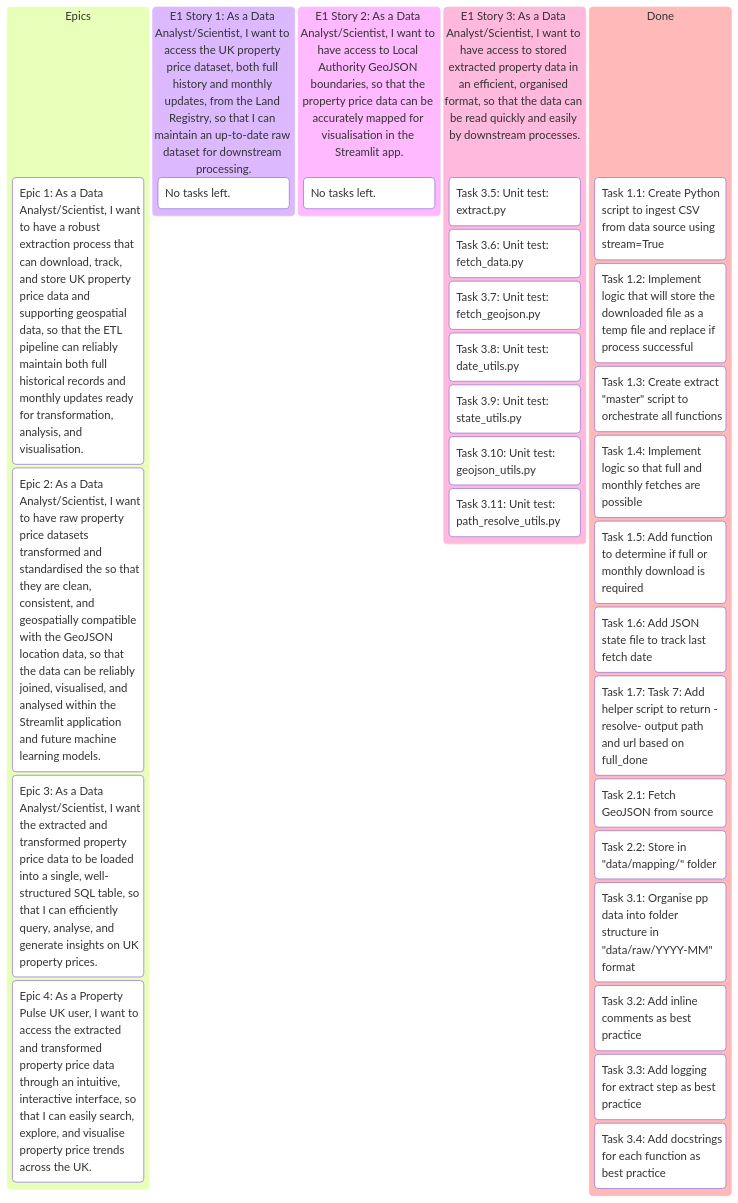
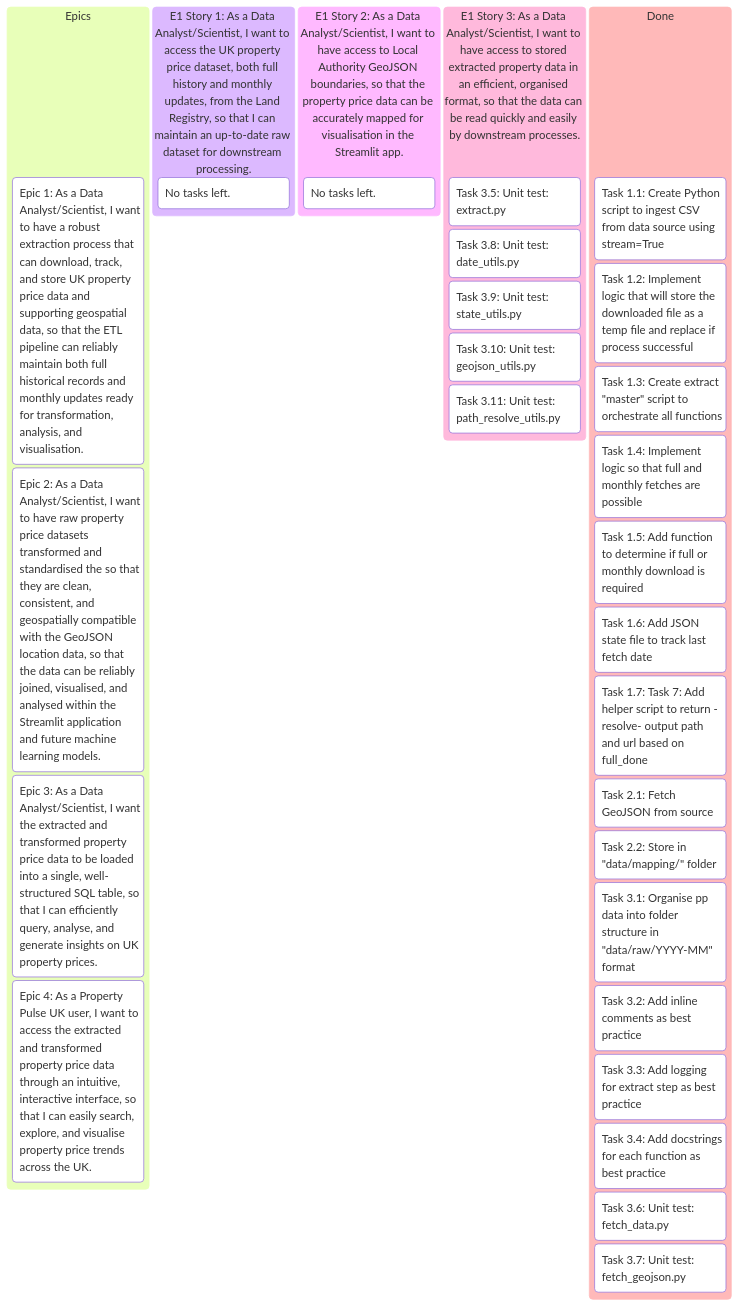
One commit to pavlekovic/property-pulse-uk changed the first of 2 diagrams in README.md. Above: the diagram before and after it, drawn with Mermaid. The commit also changed other lines of this file and 3 other files, not shown here.

Commit message:
added fetch data and geojson tests

````diff
--- a/README.md
+++ b/README.md
@@ -179,42 +179,42 @@
 ```mermaid
 kanban
     Epics
         (Epic 1: As a Data Analyst/Scientist, I want to have a robust extraction process that can download, track, and store UK property price data and supporting geospatial data, so that the ETL pipeline can reliably maintain both full historical records and monthly updates ready for transformation, analysis, and visualisation.)
 
         (Epic 2: As a Data Analyst/Scientist, I want to have raw property price datasets transformed and standardised the so that they are clean, consistent, and geospatially compatible with the GeoJSON location data, so that the data can be reliably joined, visualised, and analysed within the Streamlit application and future machine learning models.)
 
         (Epic 3: As a Data Analyst/Scientist, I want the extracted and transformed property price data to be loaded into a single, well-structured SQL table, so that I can efficiently query, analyse, and generate insights on UK property prices.)
 
         (Epic 4: As a Property Pulse UK user, I want to access the extracted and transformed property price data through an intuitive, interactive interface, so that I can easily search, explore, and visualise property price trends across the UK.)
 
     (E1 Story 1: As a Data Analyst/Scientist, I want to access the UK property price dataset, both full history and monthly updates, from the Land Registry, so that I can maintain an up-to-date raw dataset for downstream processing.)
         No tasks left.
 
     (E1 Story 2: As a Data Analyst/Scientist, I want to have access to Local Authority GeoJSON boundaries, so that the property price data can be accurately mapped for visualisation in the Streamlit app.)
         No tasks left.
 
     (E1 Story 3: As a Data Analyst/Scientist, I want to have access to stored extracted property data in an efficient, organised format, so that the data can be read quickly and easily by downstream processes.)
         Task 3.5: Unit test: extract.py
-        Task 3.6: Unit test: fetch_data.py
-        Task 3.7: Unit test: fetch_geojson.py
         Task 3.8: Unit test: date_utils.py
         Task 3.9: Unit test: state_utils.py
         Task 3.10: Unit test: geojson_utils.py
         Task 3.11: Unit test: path_resolve_utils.py
         
     Done
         Task 1.1: Create Python script to ingest CSV from data source using stream=True
         Task 1.2: Implement logic that will store the downloaded file as a temp file and replace if process successful
         Task 1.3: Create extract "master" script to orchestrate all functions
         Task 1.4: Implement logic so that full and monthly fetches are possible
         Task 1.5: Add function to determine if full or monthly download is required
         Task 1.6: Add JSON state file to track last fetch date
         Task 1.7: Task 7: Add helper script to return -resolve- output path and url based on full_done
         Task 2.1: Fetch GeoJSON from source
         Task 2.2: Store in "data/mapping/" folder
         Task 3.1: Organise pp data into folder structure in "data/raw/YYYY-MM" format
         Task 3.2: Add inline comments as best practice
         Task 3.3: Add logging for extract step as best practice
         Task 3.4: Add docstrings for each function as best practice
+        Task 3.6: Unit test: fetch_data.py
+        Task 3.7: Unit test: fetch_geojson.py
      
 ```
````
